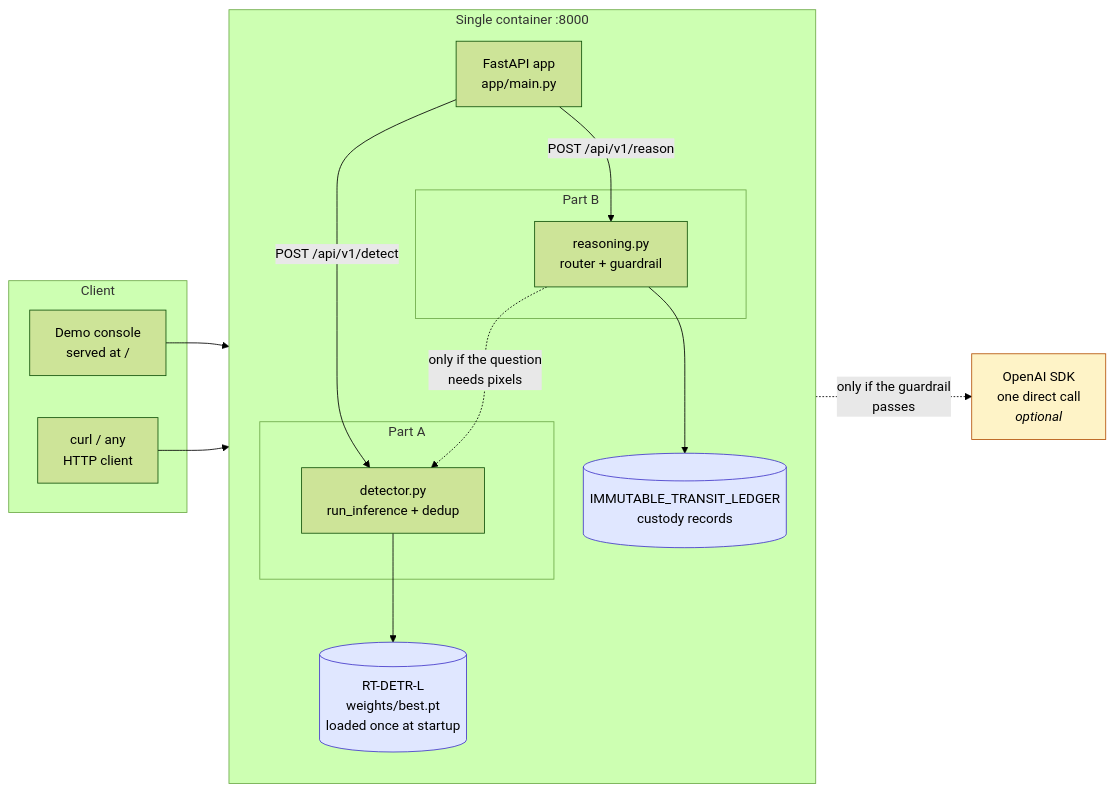
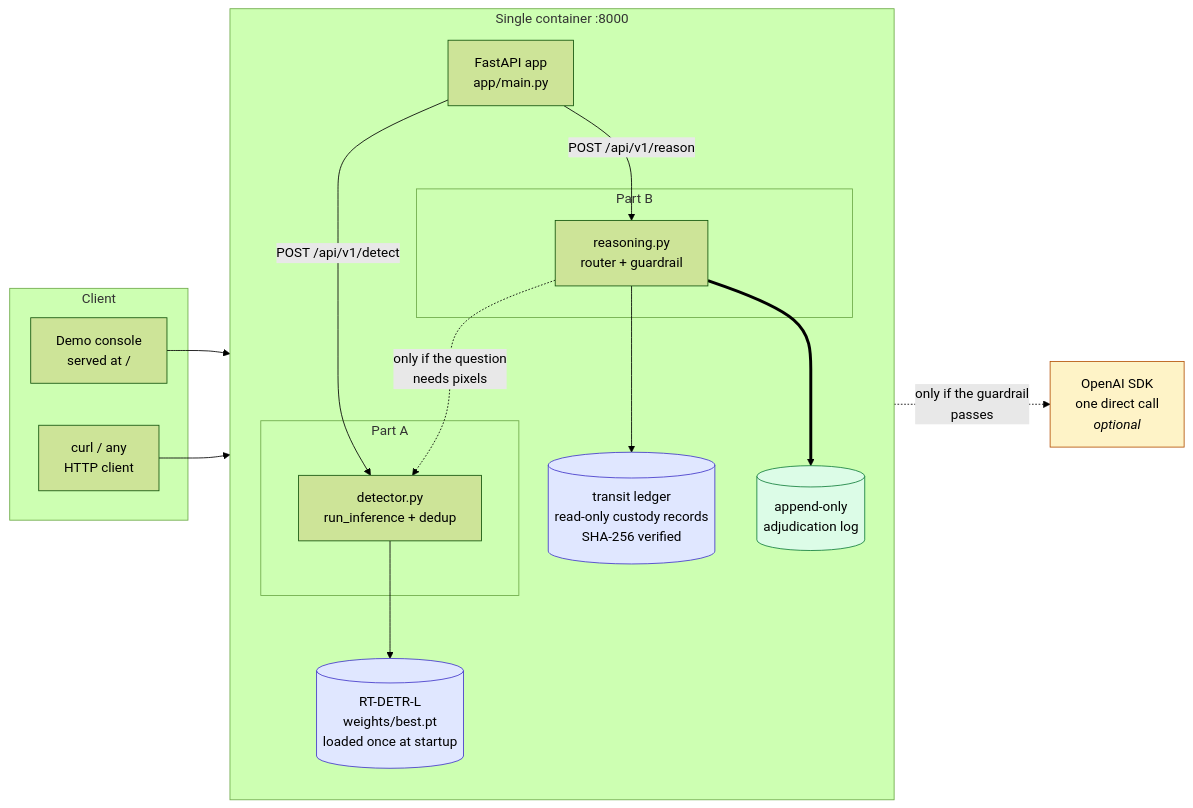
The first of 4 diagrams in README.md (ShivrajRajasekaran/Logistics-Exception-Engine), drawn with Mermaid (forest theme) before and after one commit. The commit also changed other lines of this file and 9 other files, not shown here.

First line of the commit message:
feat: tamper-evident ledger, append-only adjudication log, separated UI assets

````diff
--- a/README.md
+++ b/README.md
@@ -70,38 +70,41 @@
 ```mermaid
 flowchart LR
     subgraph client["Client"]
         UI["Demo console<br/>served at /"]
         CURL["curl / any<br/>HTTP client"]
     end
 
     subgraph container["Single container :8000"]
         direction TB
         API["FastAPI app<br/>app/main.py"]
 
         subgraph partA["Part A"]
             DET["detector.py<br/>run_inference + dedup"]
         end
 
         subgraph partB["Part B"]
             REASON["reasoning.py<br/>router + guardrail"]
         end
 
         MODEL[("RT-DETR-L<br/>weights/best.pt<br/>loaded once at startup")]
-        LEDGER[("IMMUTABLE_TRANSIT_LEDGER<br/>custody records")]
+        LEDGER[("transit ledger<br/>read-only custody records<br/>SHA-256 verified")]
+        AUDIT[("append-only<br/>adjudication log")]
     end
 
     LLM["OpenAI SDK<br/>one direct call<br/><i>optional</i>"]
 
     UI --> API
     CURL --> API
     API -->|"POST /api/v1/detect"| DET
     API -->|"POST /api/v1/reason"| REASON
     DET --> MODEL
     REASON -.->|"only if the question<br/>needs pixels"| DET
     REASON --> LEDGER
+    REASON ==> AUDIT
     REASON -.->|"only if the guardrail<br/>passes"| LLM
 
     style MODEL fill:#e0e7ff,stroke:#4338ca
     style LEDGER fill:#e0e7ff,stroke:#4338ca
+    style AUDIT fill:#dcfce7,stroke:#15803d
     style LLM fill:#fef3c7,stroke:#b45309
 ```
````
